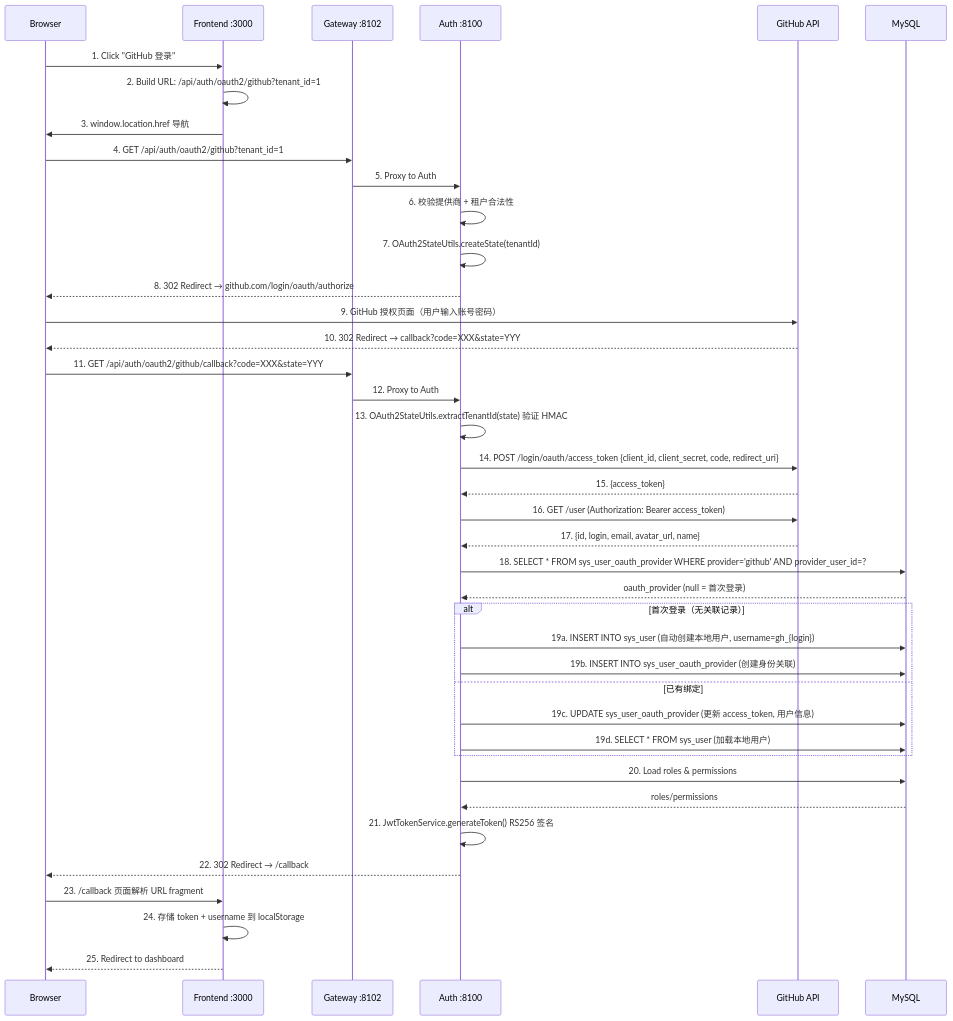
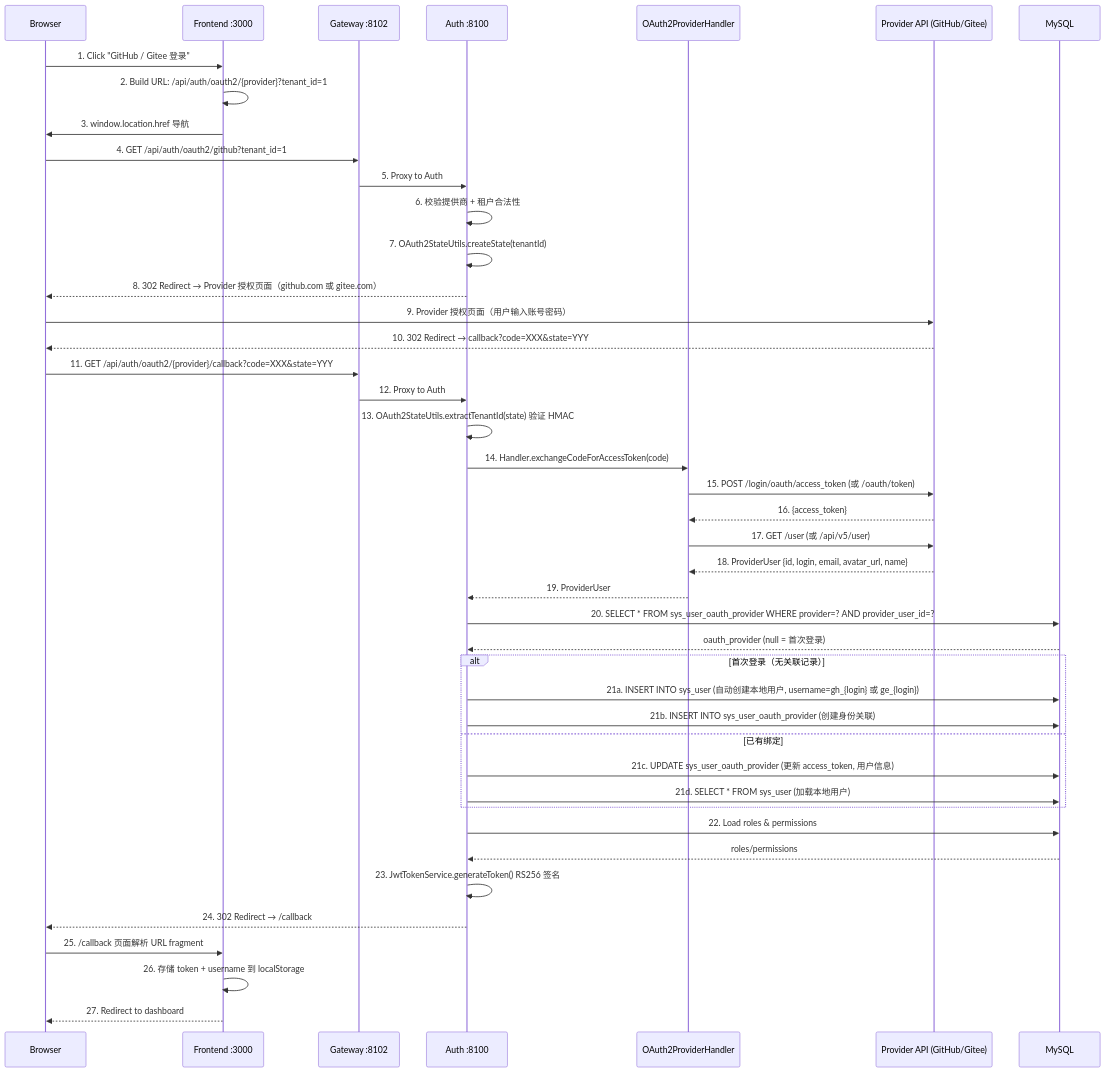
The fourth of 4 diagrams in docs/core-flows.md (wang-baohai/Omni-Stack), drawn with Mermaid before and after one commit. The commit also changed other lines of this file and 13 other files, not shown here.

````diff
--- a/docs/core-flows.md
+++ b/docs/core-flows.md
@@ -435,49 +437,52 @@
 ```mermaid
 sequenceDiagram
     participant B as Browser
     participant F as Frontend :3000
     participant G as Gateway :8102
     participant A as Auth :8100
-    participant GH as GitHub API
+    participant H as OAuth2ProviderHandler
+    participant P as Provider API (GitHub/Gitee)
     participant M as MySQL
 
-    B->>F: 1. Click "GitHub 登录"
-    F->>F: 2. Build URL: /api/auth/oauth2/github?tenant_id=1
+    B->>F: 1. Click "GitHub / Gitee 登录"
+    F->>F: 2. Build URL: /api/auth/oauth2/{provider}?tenant_id=1
     F->>B: 3. window.location.href 导航
     B->>G: 4. GET /api/auth/oauth2/github?tenant_id=1
     G->>A: 5. Proxy to Auth
     A->>A: 6. 校验提供商 + 租户合法性
     A->>A: 7. OAuth2StateUtils.createState(tenantId)
-    A-->>B: 8. 302 Redirect → github.com/login/oauth/authorize
+    A-->>B: 8. 302 Redirect → Provider 授权页面（github.com 或 gitee.com）
 
-    B->>GH: 9. GitHub 授权页面（用户输入账号密码）
-    GH-->>B: 10. 302 Redirect → callback?code=XXX&state=YYY
-    B->>G: 11. GET /api/auth/oauth2/github/callback?code=XXX&state=YYY
+    B->>P: 9. Provider 授权页面（用户输入账号密码）
+    P-->>B: 10. 302 Redirect → callback?code=XXX&state=YYY
+    B->>G: 11. GET /api/auth/oauth2/{provider}/callback?code=XXX&state=YYY
     G->>A: 12. Proxy to Auth
 
     A->>A: 13. OAuth2StateUtils.extractTenantId(state) 验证 HMAC
-    A->>GH: 14. POST /login/oauth/access_token {client_id, client_secret, code, redirect_uri}
-    GH-->>A: 15. {access_token}
-    A->>GH: 16. GET /user (Authorization: Bearer access_token)
-    GH-->>A: 17. {id, login, email, avatar_url, name}
+    A->>H: 14. Handler.exchangeCodeForAccessToken(code)
+    H->>P: 15. POST /login/oauth/access_token (或 /oauth/token)
+    P-->>H: 16. {access_token}
+    H->>P: 17. GET /user (或 /api/v5/user)
+    P-->>H: 18. ProviderUser {id, login, email, avatar_url, name}
+    H-->>A: 19. ProviderUser
 
-    A->>M: 18. SELECT * FROM sys_user_oauth_provider WHERE provider='github' AND provider_user_id=?
+    A->>M: 20. SELECT * FROM sys_user_oauth_provider WHERE provider=? AND provider_user_id=?
     M-->>A: oauth_provider (null = 首次登录)
 
     alt 首次登录（无关联记录）
-        A->>M: 19a. INSERT INTO sys_user (自动创建本地用户, username=gh_{login})
-        A->>M: 19b. INSERT INTO sys_user_oauth_provider (创建身份关联)
+        A->>M: 21a. INSERT INTO sys_user (自动创建本地用户, username=gh_{login} 或 ge_{login})
+        A->>M: 21b. INSERT INTO sys_user_oauth_provider (创建身份关联)
     else 已有绑定
-        A->>M: 19c. UPDATE sys_user_oauth_provider (更新 access_token, 用户信息)
-        A->>M: 19d. SELECT * FROM sys_user (加载本地用户)
+        A->>M: 21c. UPDATE sys_user_oauth_provider (更新 access_token, 用户信息)
+        A->>M: 21d. SELECT * FROM sys_user (加载本地用户)
     end
 
-    A->>M: 20. Load roles & permissions
+    A->>M: 22. Load roles & permissions
     M-->>A: roles/permissions
-    A->>A: 21. JwtTokenService.generateToken() RS256 签名
-    A-->>B: 22. 302 Redirect → /callback#token=JWT&username=gh_xxx
+    A->>A: 23. JwtTokenService.generateToken() RS256 签名
+    A-->>B: 24. 302 Redirect → /callback#token=JWT&username=gh_xxx
 
-    B->>F: 23. /callback 页面解析 URL fragment
-    F->>F: 24. 存储 token + username 到 localStorage
-    F-->>B: 25. Redirect to dashboard
+    B->>F: 25. /callback 页面解析 URL fragment
+    F->>F: 26. 存储 token + username 到 localStorage
+    F-->>B: 27. Redirect to dashboard
 ```
````
